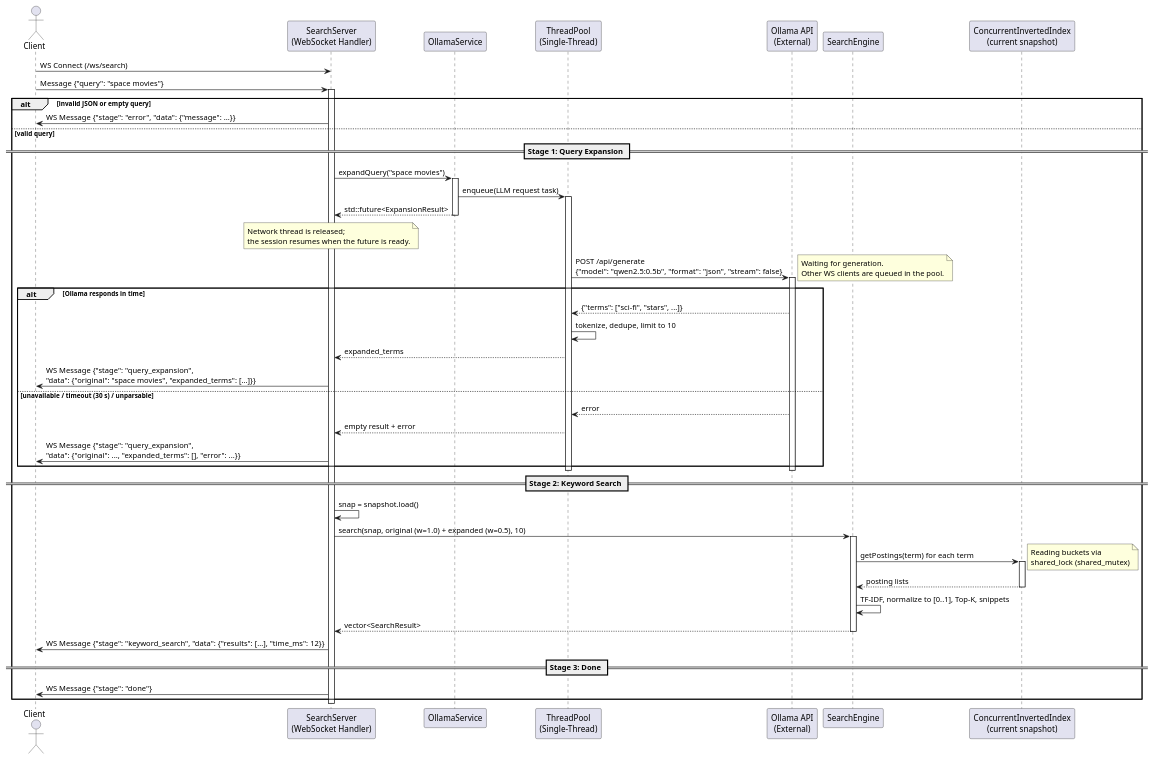
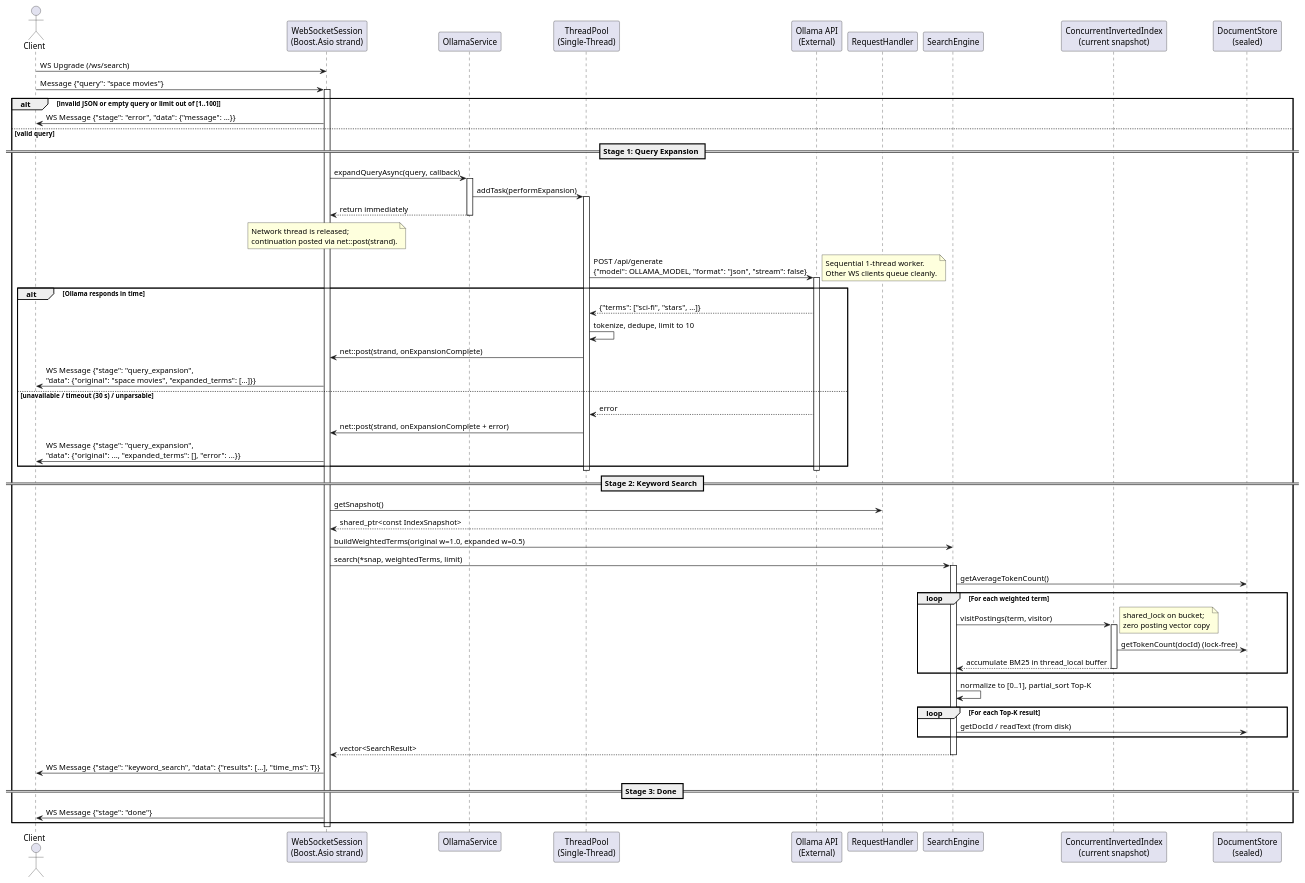
The diagram in docs/diagrams/md/sequence_diagram_websocket_pipeline.md (fannulain/Concurrent-Search-Engine), drawn with PlantUML before and after one commit. The commit also changed 11 other files, not shown here.

Commit message:
docs: sync UML class and sequence diagrams with final implementation

```diff
--- a/docs/diagrams/md/sequence_diagram_websocket_pipeline.md
+++ b/docs/diagrams/md/sequence_diagram_websocket_pipeline.md
@@ -1,60 +1,71 @@
 @startuml
 actor Client
-participant "SearchServer\n(WebSocket Handler)" as Server
+participant "WebSocketSession\n(Boost.Asio strand)" as WS
 participant "OllamaService" as OllamaSvc
 participant "ThreadPool\n(Single-Thread)" as OllamaPool
 participant "Ollama API\n(External)" as OllamaAPI
+participant "RequestHandler" as Handler
 participant "SearchEngine" as Engine
 participant "ConcurrentInvertedIndex\n(current snapshot)" as Index
+participant "DocumentStore\n(sealed)" as Docs
 
-Client -> Server : WS Connect (/ws/search)
-Client -> Server : Message {"query": "space movies"}
-activate Server
+Client -> WS : WS Upgrade (/ws/search)
+Client -> WS : Message {"query": "space movies"}
+activate WS
 
-alt invalid JSON or empty query
-    Server -> Client : WS Message {"stage": "error", "data": {"message": ...}}
+alt invalid JSON or empty query or limit out of [1..100]
+    WS -> Client : WS Message {"stage": "error", "data": {"message": ...}}
 else valid query
     == Stage 1: Query Expansion ==
-    Server -> OllamaSvc : expandQuery("space movies")
+    WS -> OllamaSvc : expandQueryAsync(query, callback)
     activate OllamaSvc
-    OllamaSvc -> OllamaPool : enqueue(LLM request task)
+    OllamaSvc -> OllamaPool : addTask(performExpansion)
     activate OllamaPool
-    OllamaSvc --> Server : std::future<ExpansionResult>
+    OllamaSvc --> WS : return immediately
     deactivate OllamaSvc
-    note over Server: Network thread is released;\nthe session resumes when the future is ready.
-    OllamaPool -> OllamaAPI : POST /api/generate\n{"model": "qwen2.5:0.5b", "format": "json", "stream": false}
+    note over WS: Network thread is released;\ncontinuation posted via net::post(strand).
+    OllamaPool -> OllamaAPI : POST /api/generate\n{"model": OLLAMA_MODEL, "format": "json", "stream": false}
     activate OllamaAPI
-    note right: Waiting for generation.\nOther WS clients are queued in the pool.
+    note right: Sequential 1-thread worker.\nOther WS clients queue cleanly.
     alt Ollama responds in time
         OllamaAPI --> OllamaPool : {"terms": ["sci-fi", "stars", ...]}
         OllamaPool -> OllamaPool : tokenize, dedupe, limit to 10
-        OllamaPool --> Server : expanded_terms
-        Server -> Client : WS Message {"stage": "query_expansion",\n"data": {"original": "space movies", "expanded_terms": [...]}}
+        OllamaPool -> WS : net::post(strand, onExpansionComplete)
+        WS -> Client : WS Message {"stage": "query_expansion",\n"data": {"original": "space movies", "expanded_terms": [...]}}
     else unavailable / timeout (30 s) / unparsable
         OllamaAPI --> OllamaPool : error
-        OllamaPool --> Server : empty result + error
-        Server -> Client : WS Message {"stage": "query_expansion",\n"data": {"original": ..., "expanded_terms": [], "error": ...}}
+        OllamaPool -> WS : net::post(strand, onExpansionComplete + error)
+        WS -> Client : WS Message {"stage": "query_expansion",\n"data": {"original": ..., "expanded_terms": [], "error": ...}}
     end
     deactivate OllamaAPI
     deactivate OllamaPool
 
     == Stage 2: Keyword Search ==
-    Server -> Server : snap = snapshot.load()
-    Server -> Engine : search(snap, original (w=1.0) + expanded (w=0.5), 10)
+    WS -> Handler : getSnapshot()
+    Handler --> WS : shared_ptr<const IndexSnapshot>
+    WS -> Engine : buildWeightedTerms(original w=1.0, expanded w=0.5)
+    WS -> Engine : search(*snap, weightedTerms, limit)
     activate Engine
-    Engine -> Index : getPostings(term) for each term
-    activate Index
-    note right: Reading buckets via\nshared_lock (shared_mutex)
-    Index --> Engine : posting lists
-    deactivate Index
-    Engine -> Engine : TF-IDF, normalize to [0..1], Top-K, snippets
-    Engine --> Server : vector<SearchResult>
+    Engine -> Docs : getAverageTokenCount()
+    loop For each weighted term
+        Engine -> Index : visitPostings(term, visitor)
+        activate Index
+        note right: shared_lock on bucket;\nzero posting vector copy
+        Index -> Docs : getTokenCount(docId) (lock-free)
+        Index --> Engine : accumulate BM25 in thread_local buffer
+        deactivate Index
+    end
+    Engine -> Engine : normalize to [0..1], partial_sort Top-K
+    loop For each Top-K result
+        Engine -> Docs : getDocId / readText (from disk)
+    end
+    Engine --> WS : vector<SearchResult>
     deactivate Engine
 
-    Server -> Client : WS Message {"stage": "keyword_search", "data": {"results": [...], "time_ms": 12}}
+    WS -> Client : WS Message {"stage": "keyword_search", "data": {"results": [...], "time_ms": T}}
 
     == Stage 3: Done ==
-    Server -> Client : WS Message {"stage": "done"}
+    WS -> Client : WS Message {"stage": "done"}
 end
-deactivate Server
+deactivate WS
 @enduml
```
